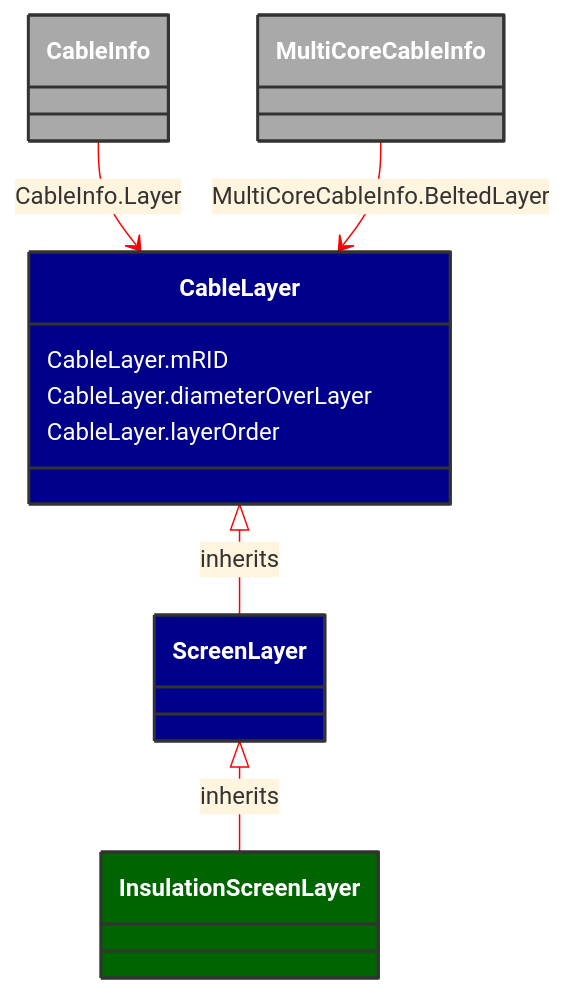
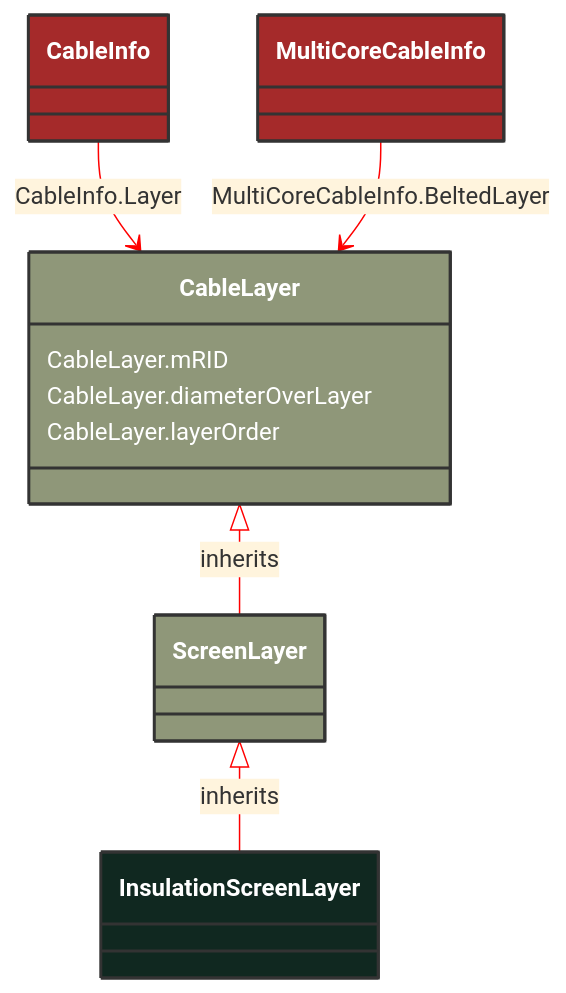
Before and after one commit to 3lbits/NoCIMExtensions: the diagram in docs/Models/Profiles/SubseaCableInfo/ConcreteClasses/InsulationScreenLayer.md, drawn with Mermaid. The commit also changed 190 other files, not shown here.

````diff
--- a/docs/Models/Profiles/SubseaCableInfo/ConcreteClasses/InsulationScreenLayer.md
+++ b/docs/Models/Profiles/SubseaCableInfo/ConcreteClasses/InsulationScreenLayer.md
@@ -8,37 +8,33 @@
 ```mermaid
 %%{init: {'theme':'base','themeVariables': {'lineColor': '#FF0000'}}}%%
 classDiagram
     class InsulationScreenLayer
     click InsulationScreenLayer href "/Models/Profiles/SubseaCableInfo/ConcreteClasses/InsulationScreenLayer/"
-    style InsulationScreenLayer fill:#006400,stroke:#333,stroke-width:2px,rx:10,ry:10,color:white
-
+    style InsulationScreenLayer fill:#102820,stroke:#333,stroke-width:2px,rx:10,ry:10,color:white
+     
         ScreenLayer <|-- InsulationScreenLayer : inherits
             click ScreenLayer href "/Models/Profiles/SubseaCableInfo/ConcreteClasses/ScreenLayer/"
-            style ScreenLayer fill:#00008B,stroke:#333,stroke-width:2px,rx:10,ry:10,color:white
-
-        InsulationScreenLayer
-            click InsulationScreenLayer href "/Models/Profiles/SubseaCableInfo/ConcreteClasses/InsulationScreenLayer/"
-            style ScreenLayer fill:#00008B,stroke:#333,stroke-width:2px,rx:10,ry:10,color:white
-
+            style ScreenLayer fill:#8F9779,stroke:#333,stroke-width:2px,rx:10,ry:10,color:white
+     
         CableLayer <|-- ScreenLayer : inherits
             click CableLayer href "/Models/Profiles/SubseaCableInfo/AbstractClasses/CableLayer/"
-            style CableLayer fill:#00008B,stroke:#333,stroke-width:2px,rx:10,ry:10,color:white
+            style CableLayer fill:#8F9779,stroke:#333,stroke-width:2px,rx:10,ry:10,color:white
 
 
         CableInfo --> CableLayer : CableInfo.Layer
 
         CableInfo
             click CableInfo href "/Models/Profiles/SubseaCableInfo/ConcreteClasses/CableInfo/"
-            style CableInfo fill:#A9A9A9,stroke:#333,stroke-width:2px,rx:10,ry:10,color:white
+            style CableInfo fill:#A52A2A,stroke:#333,stroke-width:2px,rx:10,ry:10,color:white
 
         MultiCoreCableInfo --> CableLayer : MultiCoreCableInfo.BeltedLayer
 
         MultiCoreCableInfo
             click MultiCoreCableInfo href "/Models/Profiles/SubseaCableInfo/ConcreteClasses/MultiCoreCableInfo/"
-            style MultiCoreCableInfo fill:#A9A9A9,stroke:#333,stroke-width:2px,rx:10,ry:10,color:white
+            style MultiCoreCableInfo fill:#A52A2A,stroke:#333,stroke-width:2px,rx:10,ry:10,color:white
 
 
         CableLayer : CableLayer.mRID
         CableLayer : CableLayer.diameterOverLayer
         CableLayer : CableLayer.layerOrder
 ```
````
